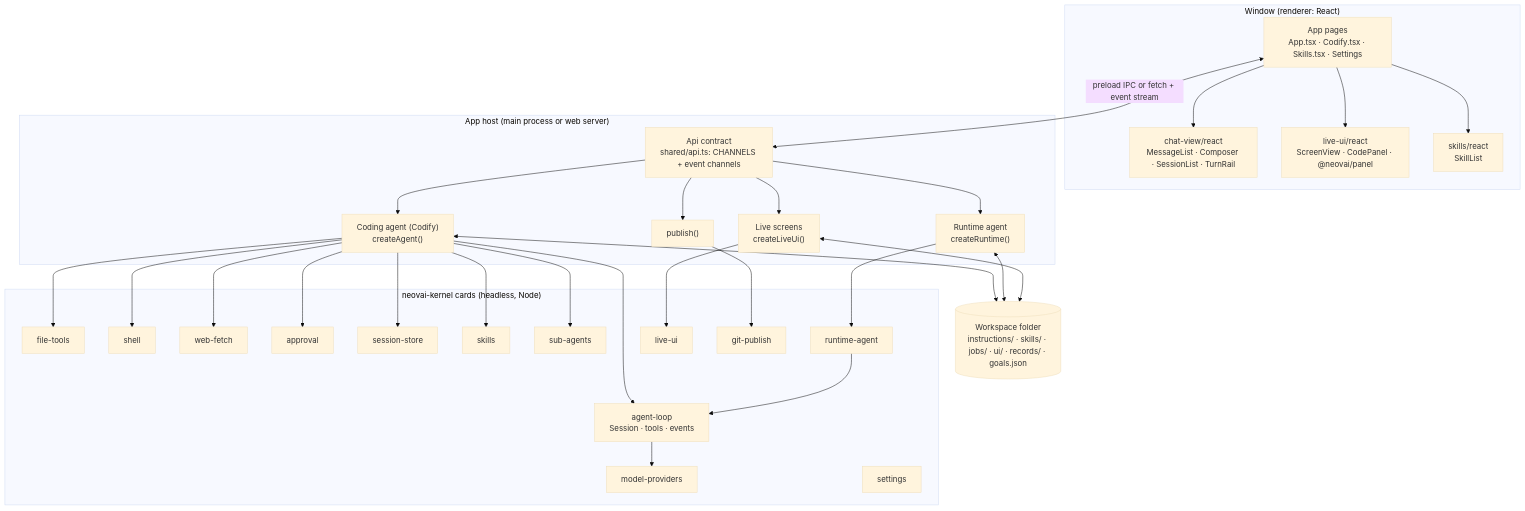
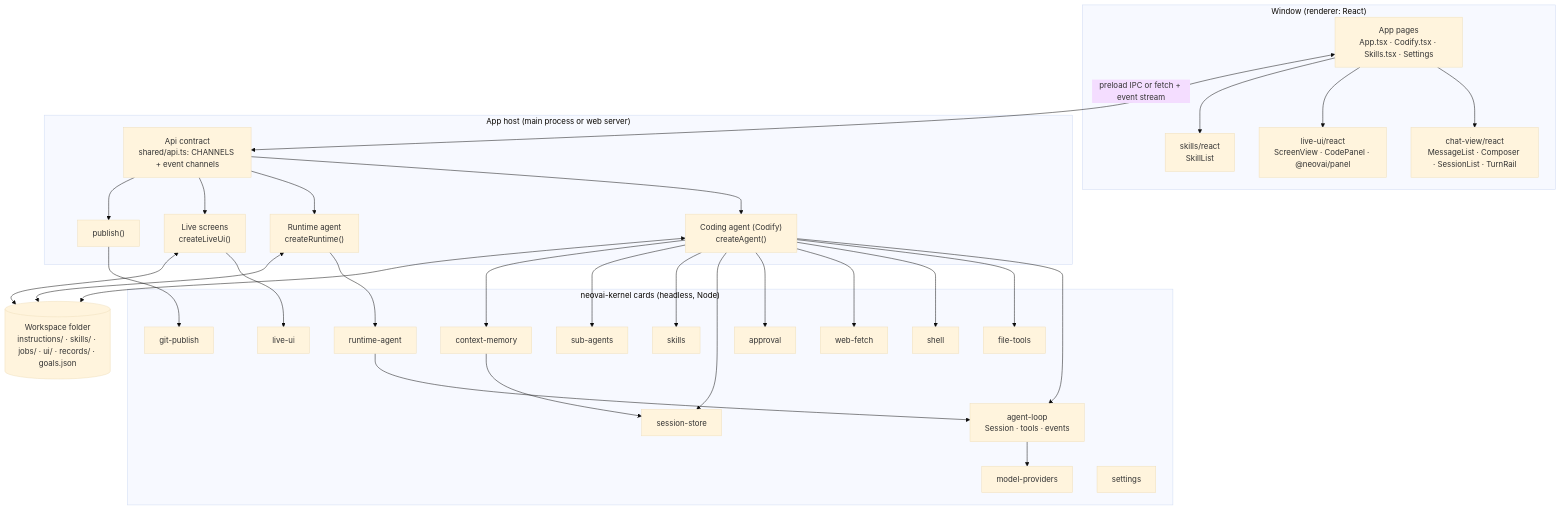
Before and after one commit to careychou/neovai-kernel: the first of 5 diagrams in docs/ARCHITECTURE.md, drawn with Mermaid (base theme). The commit also changed other lines of this file and 15 other files, not shown here.

Commit message:
0.16.0: context-memory card (recall, prompt hints, compaction by turns)

````diff
--- a/docs/ARCHITECTURE.md
+++ b/docs/ARCHITECTURE.md
@@ -15,42 +15,44 @@
 ```mermaid
 flowchart TB
   subgraph Window["Window (renderer: React)"]
     CV["chat-view/react<br/>MessageList · Composer · SessionList · TurnRail"]
     LU["live-ui/react<br/>ScreenView · CodePanel · @neovai/panel"]
     SK["skills/react<br/>SkillList"]
     APPUI["App pages<br/>App.tsx · Codify.tsx · Skills.tsx · Settings"]
   end
   subgraph Host["App host (main process or web server)"]
     API["Api contract<br/>shared/api.ts: CHANNELS + event channels"]
     AG["Coding agent (Codify)<br/>createAgent()"]
     RT["Runtime agent<br/>createRuntime()"]
     UI["Live screens<br/>createLiveUi()"]
     PUB["publish()"]
   end
   subgraph Kernel["neovai-kernel cards (headless, Node)"]
     AL["agent-loop<br/>Session · tools · events"]
     MP["model-providers"]
     FT["file-tools"]
     SH["shell"]
     WF["web-fetch"]
     AP["approval"]
     SS["session-store"]
     ST["settings"]
     SKC["skills"]
     SA["sub-agents"]
     RA["runtime-agent"]
     LUC["live-ui"]
     GP["git-publish"]
+    CM["context-memory"]
   end
   WS[("Workspace folder<br/>instructions/ · skills/ · jobs/ · ui/ · records/ · goals.json")]
 
   APPUI --> CV & LU & SK
   APPUI <-->|"preload IPC or fetch + event stream"| API
   API --> AG & RT & UI & PUB
-  AG --> AL & FT & SH & WF & AP & SS & SKC & SA
+  AG --> AL & FT & SH & WF & AP & SS & SKC & SA & CM
+  CM --> SS
   RT --> RA --> AL
   UI --> LUC
   PUB --> GP
   AL --> MP
   AG & RT & UI <--> WS
 ```
````
